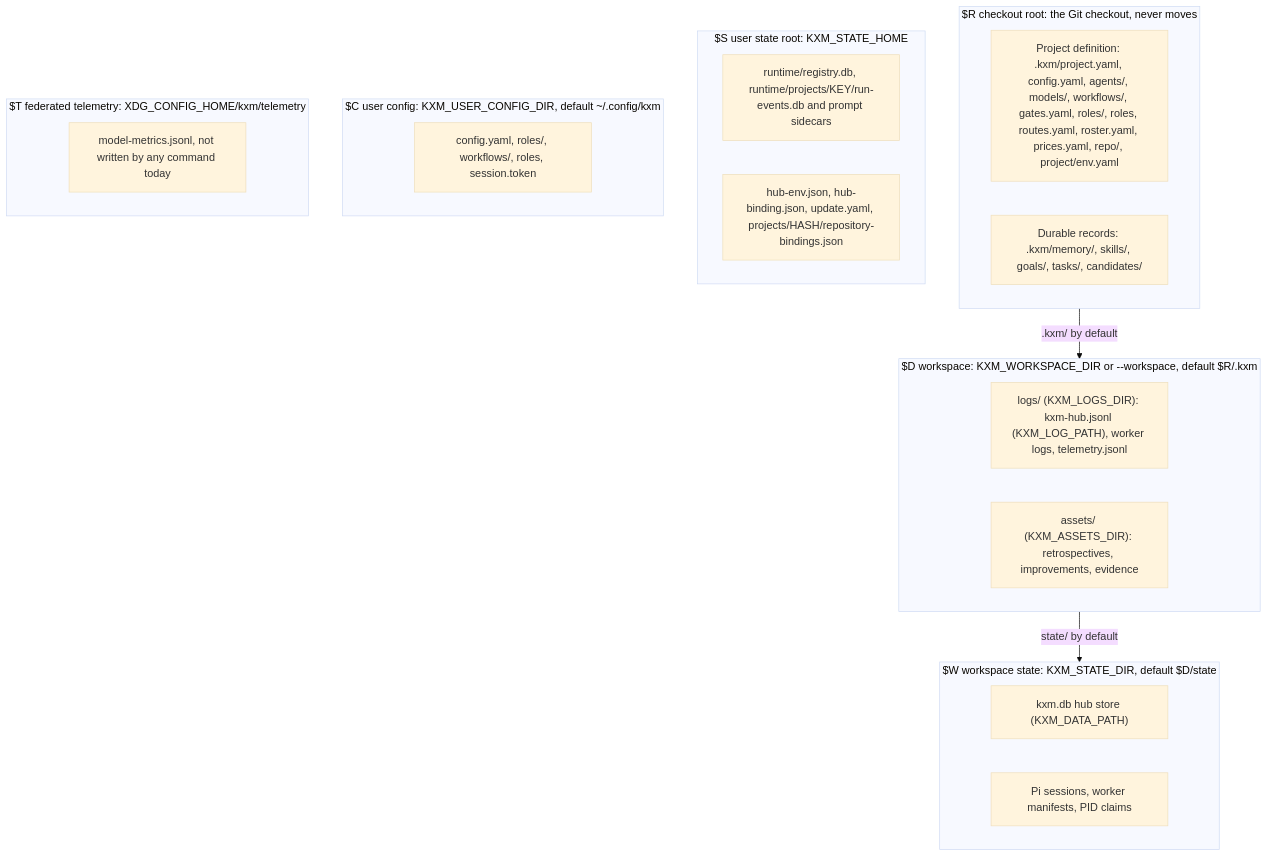
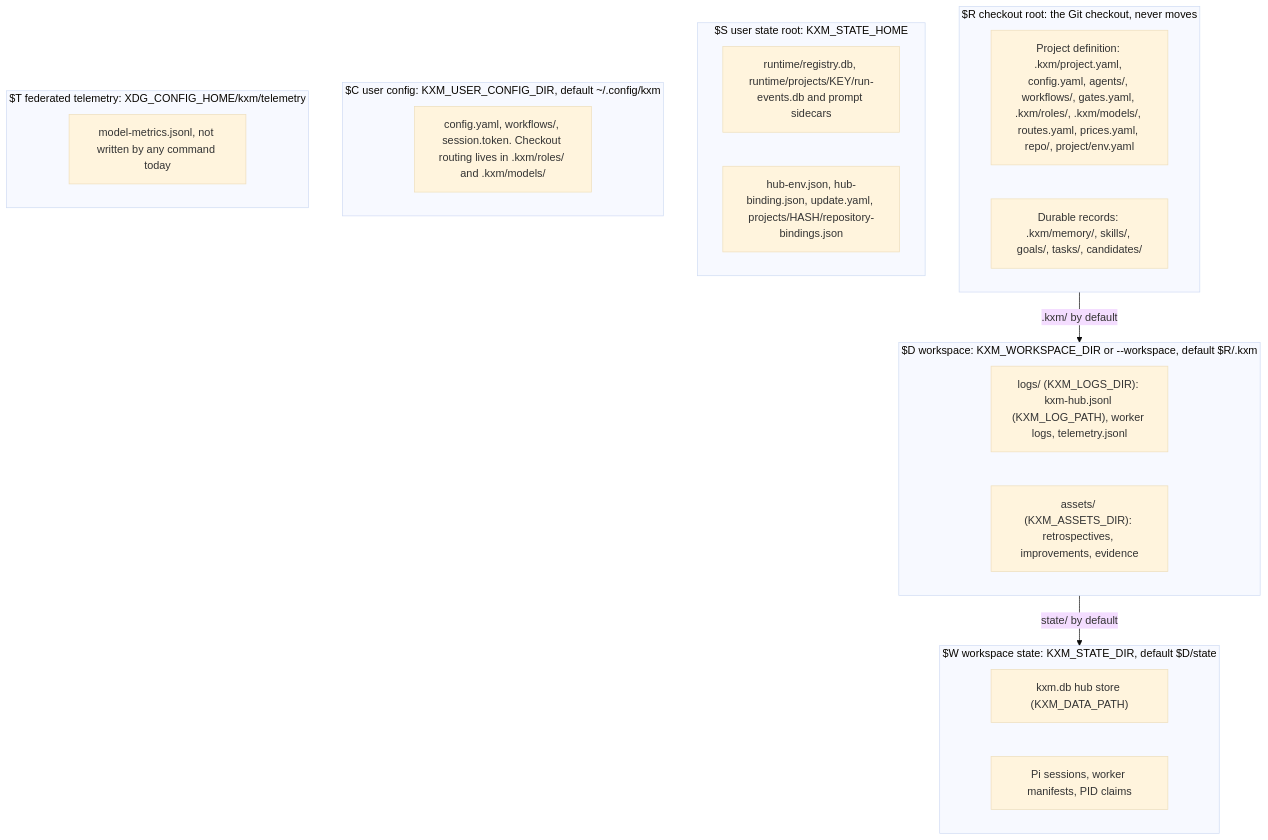
The diagram in docs/operations/backup-and-restore.md (kontextmind/kxm), drawn with Mermaid (base theme) before and after one commit. The commit also changed other lines of this file and 85 other files, not shown here.

````diff
--- a/docs/operations/backup-and-restore.md
+++ b/docs/operations/backup-and-restore.md
@@ -15,27 +15,27 @@
 ```mermaid
 flowchart TB
   subgraph R["$R checkout root: the Git checkout, never moves"]
-    R1["Project definition: .kxm/project.yaml, config.yaml, agents/, models/, workflows/, gates.yaml, roles/, roles, routes.yaml, roster.yaml, prices.yaml, repo/, project/env.yaml"]
+    R1["Project definition: .kxm/project.yaml, config.yaml, agents/, workflows/, gates.yaml, .kxm/roles/, .kxm/models/, routes.yaml, prices.yaml, repo/, project/env.yaml"]
     R2["Durable records: .kxm/memory/, skills/, goals/, tasks/, candidates/"]
   end
   subgraph D["$D workspace: KXM_WORKSPACE_DIR or --workspace, default $R/.kxm"]
     D1["logs/ (KXM_LOGS_DIR): kxm-hub.jsonl (KXM_LOG_PATH), worker logs, telemetry.jsonl"]
     D2["assets/ (KXM_ASSETS_DIR): retrospectives, improvements, evidence"]
   end
   subgraph W["$W workspace state: KXM_STATE_DIR, default $D/state"]
     W1["kxm.db hub store (KXM_DATA_PATH)"]
     W2["Pi sessions, worker manifests, PID claims"]
   end
   subgraph S["$S user state root: KXM_STATE_HOME"]
     S1["runtime/registry.db, runtime/projects/KEY/run-events.db and prompt sidecars"]
     S2["hub-env.json, hub-binding.json, update.yaml, projects/HASH/repository-bindings.json"]
   end
   subgraph C["$C user config: KXM_USER_CONFIG_DIR, default ~/.config/kxm"]
-    C1["config.yaml, roles/, workflows/, roles, session.token"]
+    C1["config.yaml, workflows/, session.token. Checkout routing lives in .kxm/roles/ and .kxm/models/"]
   end
   subgraph T["$T federated telemetry: XDG_CONFIG_HOME/kxm/telemetry"]
     T1["model-metrics.jsonl, not written by any command today"]
   end
   R -->|".kxm/ by default"| D
   D -->|"state/ by default"| W
 ```
````
